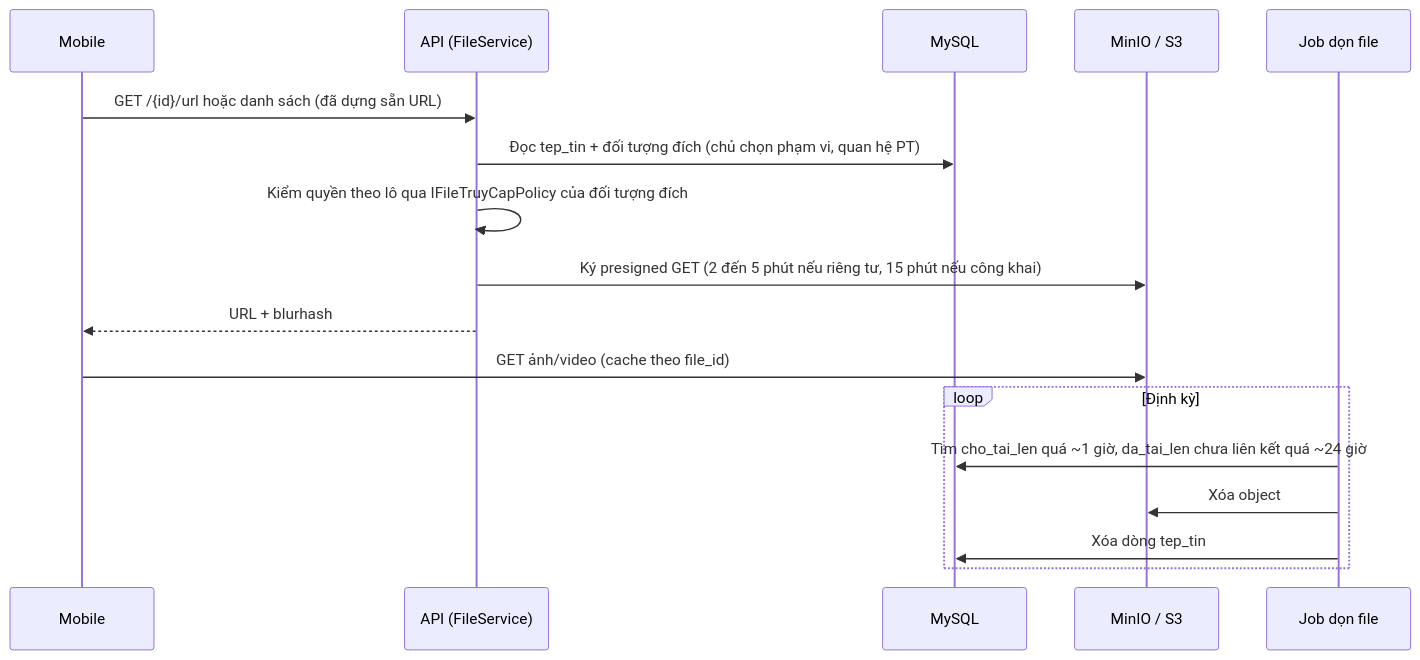
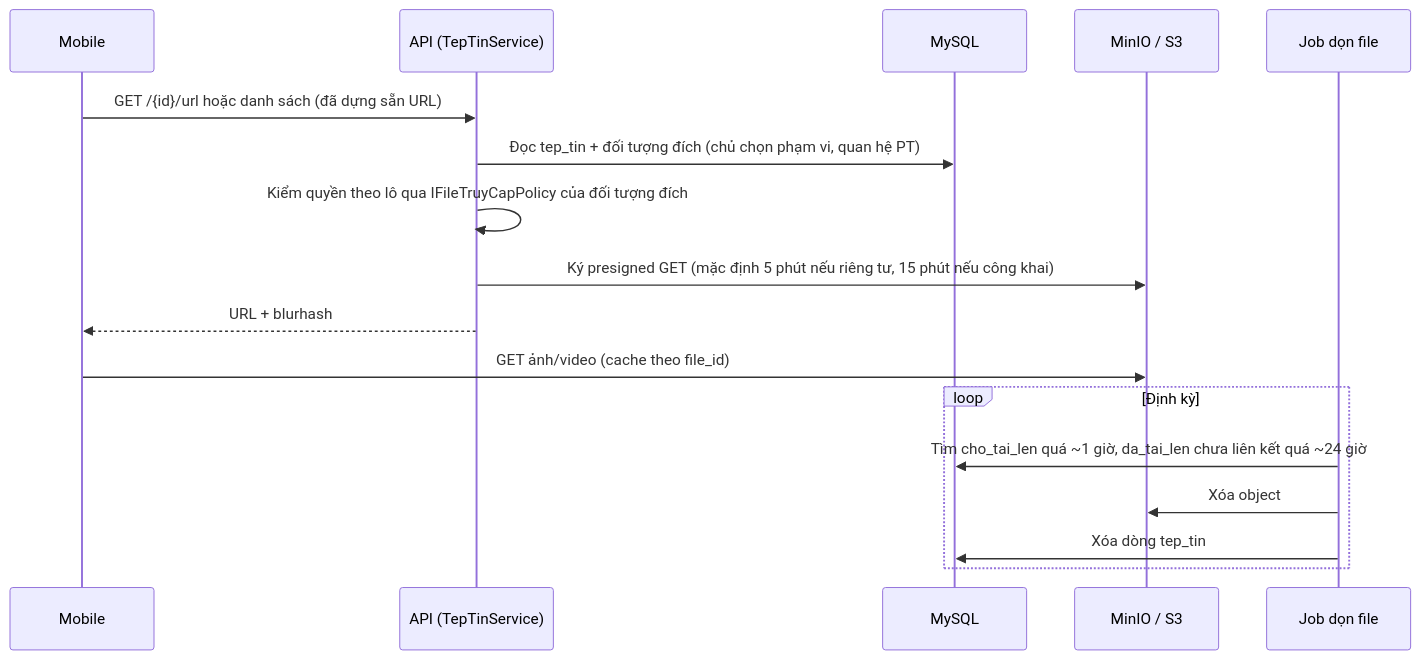
The second of 3 diagrams in docs/architecture/upload-file.md (ngongochuy2003/GymBase), drawn with Mermaid before and after one commit. The commit also changed other lines of this file and 1 other file, not shown here.

First line of the commit message:
docs(architecture): rà soát lại tài liệu upload file theo code và sửa các chỗ lệch

````diff
--- a/docs/architecture/upload-file.md
+++ b/docs/architecture/upload-file.md
@@ -80,21 +80,21 @@
 ```mermaid
 sequenceDiagram
     participant M as Mobile
-    participant A as API (FileService)
+    participant A as API (TepTinService)
     participant D as MySQL
     participant S as MinIO / S3
     participant J as Job dọn file
 
     M->>A: GET /{id}/url hoặc danh sách (đã dựng sẵn URL)
     A->>D: Đọc tep_tin + đối tượng đích (chủ chọn phạm vi, quan hệ PT)
     A->>A: Kiểm quyền theo lô qua IFileTruyCapPolicy của đối tượng đích
-    A->>S: Ký presigned GET (2 đến 5 phút nếu riêng tư, 15 phút nếu công khai)
+    A->>S: Ký presigned GET (mặc định 5 phút nếu riêng tư, 15 phút nếu công khai)
     A-->>M: URL + blurhash
     M->>S: GET ảnh/video (cache theo file_id)
 
     loop Định kỳ
         J->>D: Tìm cho_tai_len quá ~1 giờ, da_tai_len chưa liên kết quá ~24 giờ
         J->>S: Xóa object
         J->>D: Xóa dòng tep_tin
     end
 ```
````
